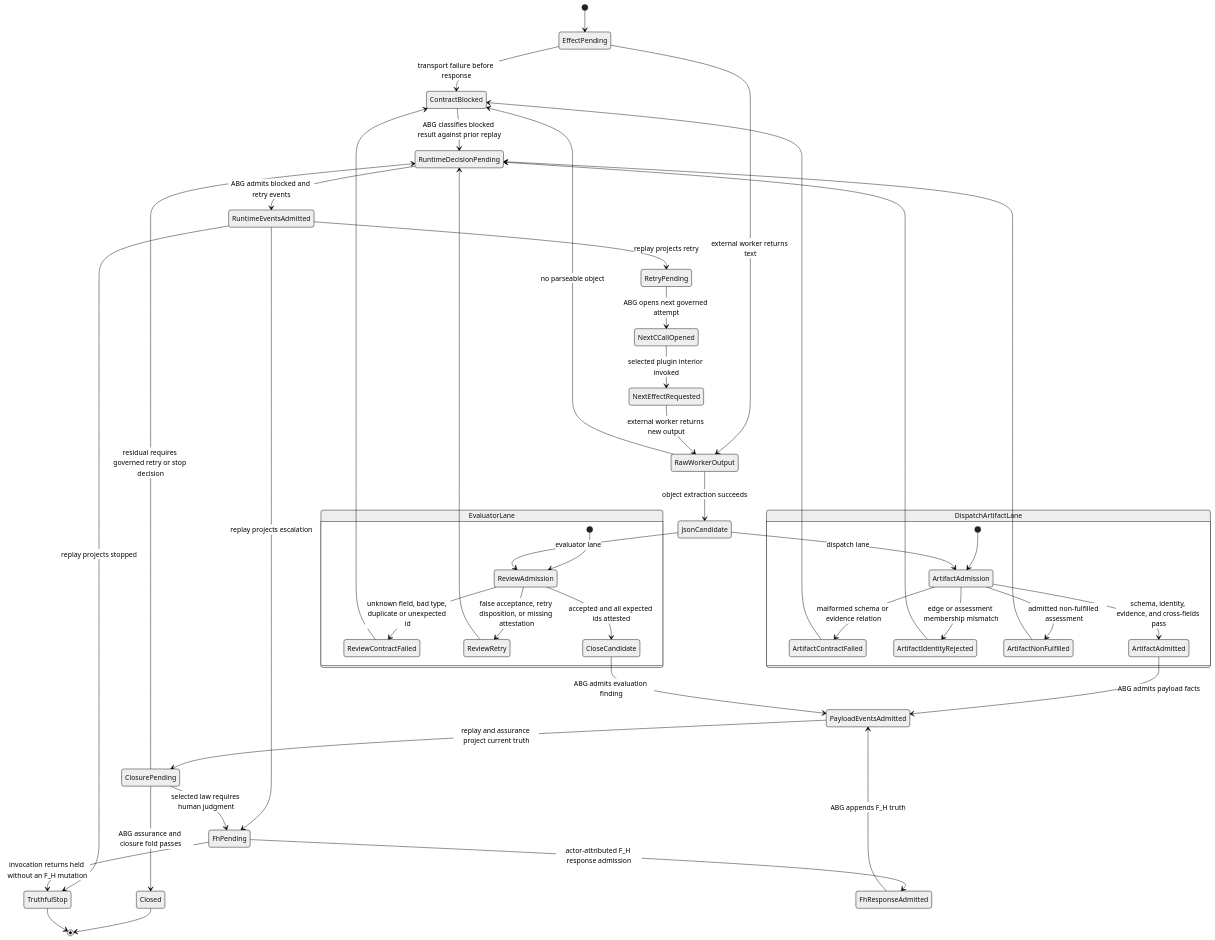
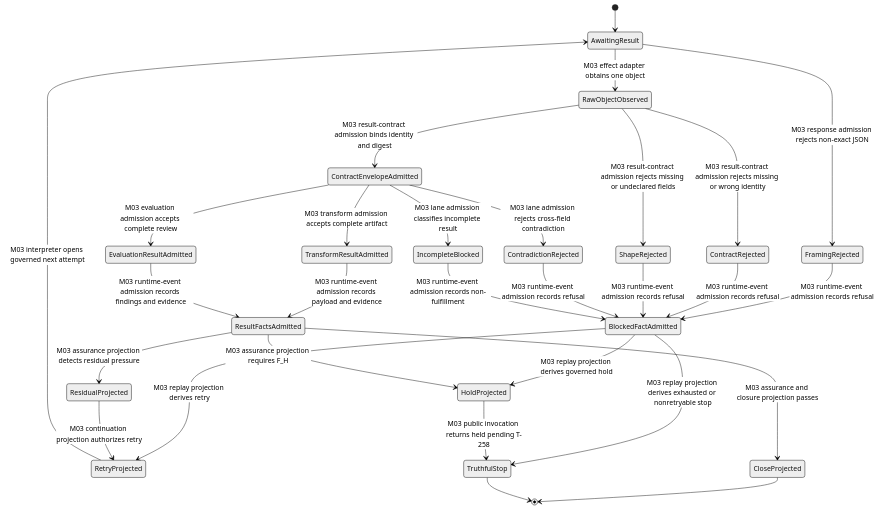
The third of 3 diagrams in build_tenants/abiogenesis/typescript/design/M03_FP_OUTPUT_ADMISSION_BEHAVIOR_DESIGN.md (foolishimp/abiogenesis), drawn with Mermaid (neutral theme) before and after one commit. The commit also changed other lines of this file and 2 other files, not shown here.

Commit message:
docs(abg): accept t257 result admission design

````diff
--- a/build_tenants/abiogenesis/typescript/design/M03_FP_OUTPUT_ADMISSION_BEHAVIOR_DESIGN.md
+++ b/build_tenants/abiogenesis/typescript/design/M03_FP_OUTPUT_ADMISSION_BEHAVIOR_DESIGN.md
@@ -376,52 +326,31 @@
 ```mermaid
 stateDiagram-v2
-  [*] --> EffectPending
-  EffectPending --> ContractBlocked: transport failure before response
-  EffectPending --> RawWorkerOutput: external worker returns text
-  RawWorkerOutput --> ContractBlocked: no parseable object
-  RawWorkerOutput --> JsonCandidate: object extraction succeeds
-
-  state DispatchArtifactLane {
-    [*] --> ArtifactAdmission
-    ArtifactAdmission --> ArtifactContractFailed: malformed schema or evidence relation
-    ArtifactAdmission --> ArtifactIdentityRejected: edge or assessment membership mismatch
-    ArtifactAdmission --> ArtifactNonFulfilled: admitted non-fulfilled assessment
-    ArtifactAdmission --> ArtifactAdmitted: schema, identity, evidence, and cross-fields pass
-  }
-
-  state EvaluatorLane {
-    [*] --> ReviewAdmission
-    ReviewAdmission --> ReviewContractFailed: unknown field, bad type, duplicate or unexpected id
-    ReviewAdmission --> ReviewRetry: false acceptance, retry disposition, or missing attestation
-    ReviewAdmission --> CloseCandidate: accepted and all expected ids attested
-  }
-
-  JsonCandidate --> ArtifactAdmission: dispatch lane
-  JsonCandidate --> ReviewAdmission: evaluator lane
-
-  ArtifactContractFailed --> ContractBlocked
-  ArtifactIdentityRejected --> RuntimeDecisionPending
-  ArtifactNonFulfilled --> RuntimeDecisionPending
-  ReviewContractFailed --> ContractBlocked
-  ReviewRetry --> RuntimeDecisionPending
-  ArtifactAdmitted --> PayloadEventsAdmitted: ABG admits payload facts
-  CloseCandidate --> PayloadEventsAdmitted: ABG admits evaluation finding
-
-  ContractBlocked --> RuntimeDecisionPending: ABG classifies blocked result against prior replay
-  RuntimeDecisionPending --> RuntimeEventsAdmitted: ABG admits blocked and retry events
-  RuntimeEventsAdmitted --> RetryPending: replay projects retry
-  RuntimeEventsAdmitted --> FhPending: replay projects escalation
-  RuntimeEventsAdmitted --> TruthfulStop: replay projects stopped
-  RetryPending --> NextCCallOpened: ABG opens next governed attempt
-  NextCCallOpened --> NextEffectRequested: selected plugin interior invoked
-  NextEffectRequested --> RawWorkerOutput: external worker returns new output
-  PayloadEventsAdmitted --> ClosurePending: replay and assurance project current truth
-  ClosurePending --> Closed: ABG assurance and closure fold passes
-  ClosurePending --> RuntimeDecisionPending: residual requires governed retry or stop decision
-  ClosurePending --> FhPending: selected law requires human judgment
-  FhPending --> FhResponseAdmitted: actor-attributed F_H response admission
-  FhResponseAdmitted --> PayloadEventsAdmitted: ABG appends F_H truth
-  FhPending --> TruthfulStop: invocation returns held without an F_H mutation
-  Closed --> [*]
+  [*] --> AwaitingResult
+  AwaitingResult --> FramingRejected: M03 response admission rejects non-exact JSON
+  AwaitingResult --> RawObjectObserved: M03 effect adapter obtains one object
+  RawObjectObserved --> ContractRejected: M03 result-contract admission rejects missing or wrong identity
+  RawObjectObserved --> ShapeRejected: M03 result-contract admission rejects missing or undeclared fields
+  RawObjectObserved --> ContractEnvelopeAdmitted: M03 result-contract admission binds identity and digest
+  ContractEnvelopeAdmitted --> ContradictionRejected: M03 lane admission rejects cross-field contradiction
+  ContractEnvelopeAdmitted --> IncompleteBlocked: M03 lane admission classifies incomplete result
+  ContractEnvelopeAdmitted --> TransformResultAdmitted: M03 transform admission accepts complete artifact
+  ContractEnvelopeAdmitted --> EvaluationResultAdmitted: M03 evaluation admission accepts complete review
+  FramingRejected --> BlockedFactAdmitted: M03 runtime-event admission records refusal
+  ContractRejected --> BlockedFactAdmitted: M03 runtime-event admission records refusal
+  ShapeRejected --> BlockedFactAdmitted: M03 runtime-event admission records refusal
+  ContradictionRejected --> BlockedFactAdmitted: M03 runtime-event admission records refusal
+  IncompleteBlocked --> BlockedFactAdmitted: M03 runtime-event admission records non-fulfillment
+  BlockedFactAdmitted --> RetryProjected: M03 replay projection derives retry
+  BlockedFactAdmitted --> HoldProjected: M03 replay projection derives governed hold
+  BlockedFactAdmitted --> TruthfulStop: M03 replay projection derives exhausted or nonretryable stop
+  RetryProjected --> AwaitingResult: M03 interpreter opens governed next attempt
+  TransformResultAdmitted --> ResultFactsAdmitted: M03 runtime-event admission records payload and evidence
+  EvaluationResultAdmitted --> ResultFactsAdmitted: M03 runtime-event admission records findings and evidence
+  ResultFactsAdmitted --> ResidualProjected: M03 assurance projection detects residual pressure
+  ResultFactsAdmitted --> HoldProjected: M03 assurance projection requires F_H
+  ResultFactsAdmitted --> CloseProjected: M03 assurance and closure projection passes
+  ResidualProjected --> RetryProjected: M03 continuation projection authorizes retry
+  HoldProjected --> TruthfulStop: M03 public invocation returns held pending T-258
+  CloseProjected --> [*]
   TruthfulStop --> [*]
 ```
````
